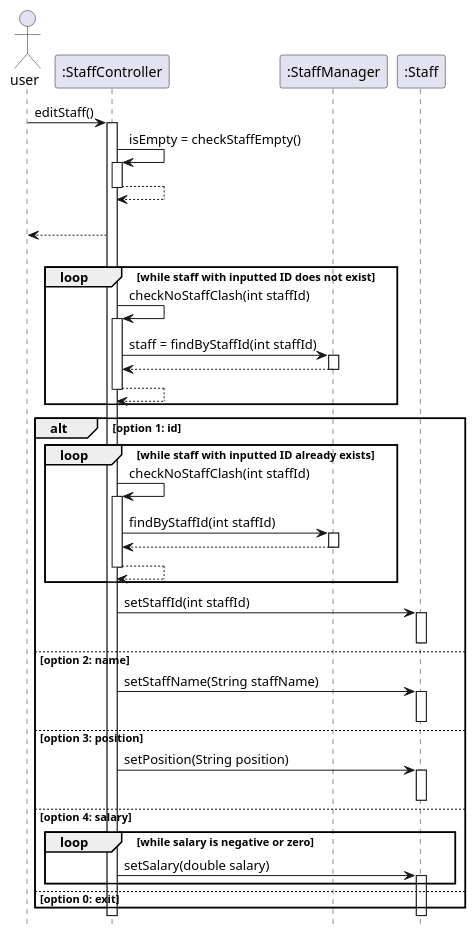
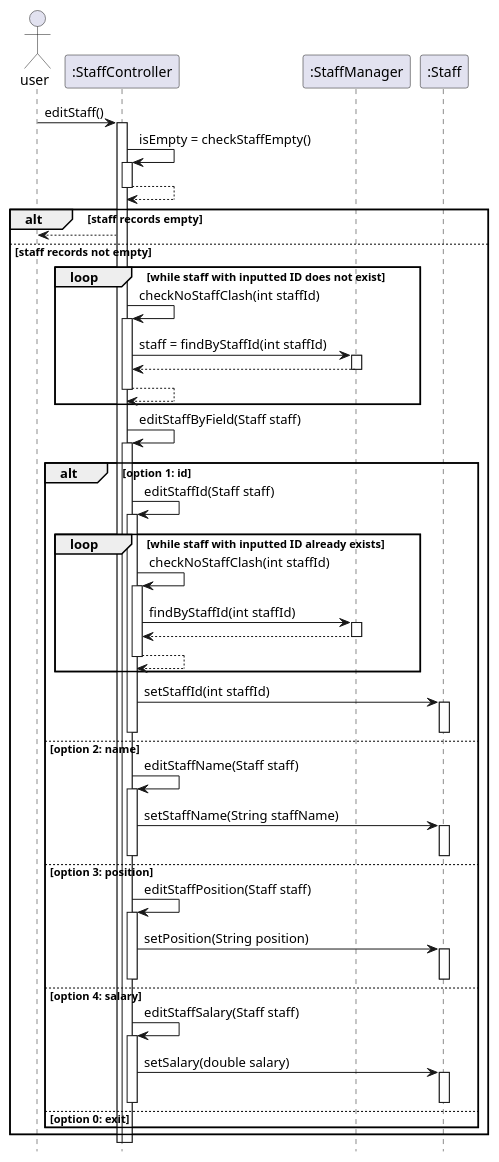
One commit to nus-cs2113-AY2122S2/tp changed the diagram in docs/uml/sequence/StaffManager_editStaff.puml. Above: the diagram before and after it, drawn with PlantUML. The commit also changed 3 other files, not shown here.

```diff
--- a/docs/uml/sequence/StaffManager_editStaff.puml
+++ b/docs/uml/sequence/StaffManager_editStaff.puml
@@ -1,69 +1,86 @@
 @startuml
 'https://plantuml.com/sequence-diagram
 
 hide footbox
 
 actor user
 participant ":StaffController" as staffcontroller
 participant ":StaffManager" as staffmanager
 participant ":Staff" as staff
 
 
 user -> staffcontroller: editStaff()
 activate staffcontroller
 
 staffcontroller -> staffcontroller: isEmpty = checkStaffEmpty()
 activate staffcontroller
 staffcontroller --> staffcontroller
 deactivate staffcontroller
 
 alt staff records empty
 staffcontroller --> user
 
 else staff records not empty
 group loop [while staff with inputted ID does not exist]
 staffcontroller -> staffcontroller: checkNoStaffClash(int staffId)
 activate staffcontroller
 staffcontroller -> staffmanager: staff = findByStaffId(int staffId)
 activate staffmanager
 staffmanager --> staffcontroller
 deactivate staffmanager
 staffcontroller --> staffcontroller
 deactivate staffcontroller
 end
 
+staffcontroller -> staffcontroller: editStaffByField(Staff staff)
+activate staffcontroller
+
+
 alt option 1: id
+staffcontroller -> staffcontroller: editStaffId(Staff staff)
+activate staffcontroller
 group loop [while staff with inputted ID already exists]
 staffcontroller -> staffcontroller: checkNoStaffClash(int staffId)
 activate staffcontroller
 staffcontroller -> staffmanager: findByStaffId(int staffId)
 activate staffmanager
 staffmanager --> staffcontroller
 deactivate staffmanager
 staffcontroller --> staffcontroller
 deactivate staffcontroller
 end
 staffcontroller -> staff: setStaffId(int staffId)
 activate staff
 deactivate staff
+deactivate staffcontroller
 
 else option 2: name
+staffcontroller -> staffcontroller: editStaffName(Staff staff)
+activate staffcontroller
 staffcontroller -> staff: setStaffName(String staffName)
 activate staff
 deactivate staff
+deactivate staffcontroller
 
 else option 3: position
+staffcontroller -> staffcontroller: editStaffPosition(Staff staff)
+activate staffcontroller
 staffcontroller -> staff: setPosition(String position)
 activate staff
 deactivate staff
+deactivate staffcontroller
 
 else option 4: salary
-group loop [while salary is negative or zero]
+staffcontroller -> staffcontroller: editStaffSalary(Staff staff)
+activate staffcontroller
 staffcontroller -> staff: setSalary(double salary)
 activate staff
-end
+deactivate staff
+deactivate staffcontroller
 
 else option 0: exit
 
 end
+
+end
 @enduml
```
